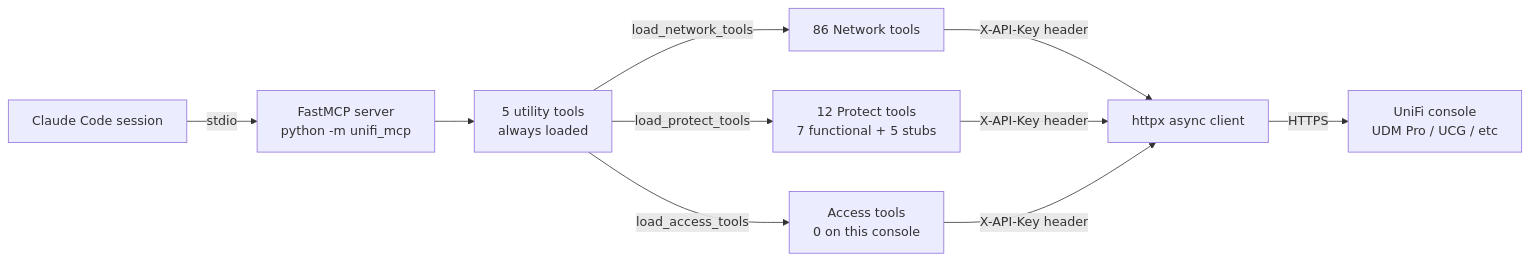
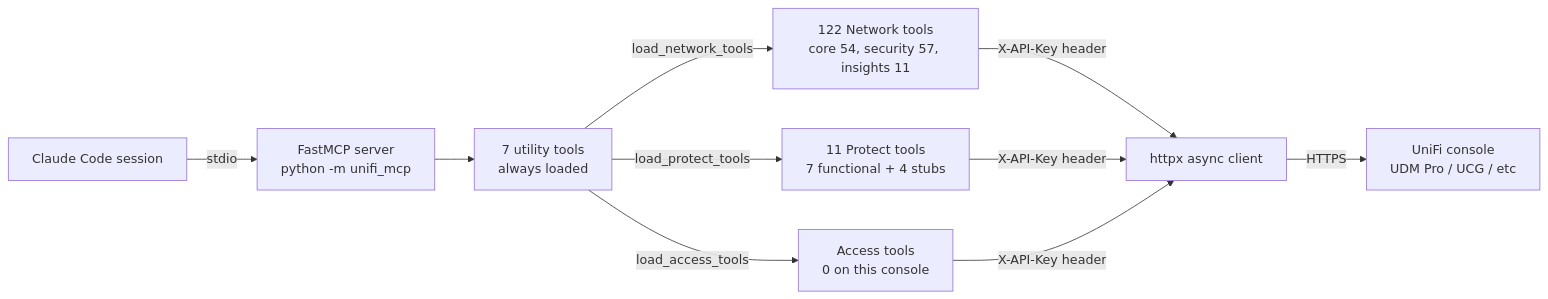
The first of 3 diagrams in README.md (chris2ao/unifi-mcp), drawn with Mermaid before and after one commit. The commit also changed other lines of this file and 89 other files, not shown here.

````diff
--- a/README.md
+++ b/README.md
@@ -174,10 +176,10 @@
 ```mermaid
 flowchart LR
     CC[Claude Code session] -->|stdio| MCP[FastMCP server<br/>python -m unifi_mcp]
-    MCP --> UT[5 utility tools<br/>always loaded]
-    UT -->|load_network_tools| NET[86 Network tools]
-    UT -->|load_protect_tools| PROT[12 Protect tools<br/>7 functional + 5 stubs]
+    MCP --> UT[7 utility tools<br/>always loaded]
+    UT -->|load_network_tools| NET[122 Network tools<br/>core 54, security 57, insights 11]
+    UT -->|load_protect_tools| PROT[11 Protect tools<br/>7 functional + 4 stubs]
     UT -->|load_access_tools| ACC[Access tools<br/>0 on this console]
     NET & PROT & ACC -->|X-API-Key header| HC[httpx async client]
     HC -->|HTTPS| UNIFI[UniFi console<br/>UDM Pro / UCG / etc]
 ```
````
